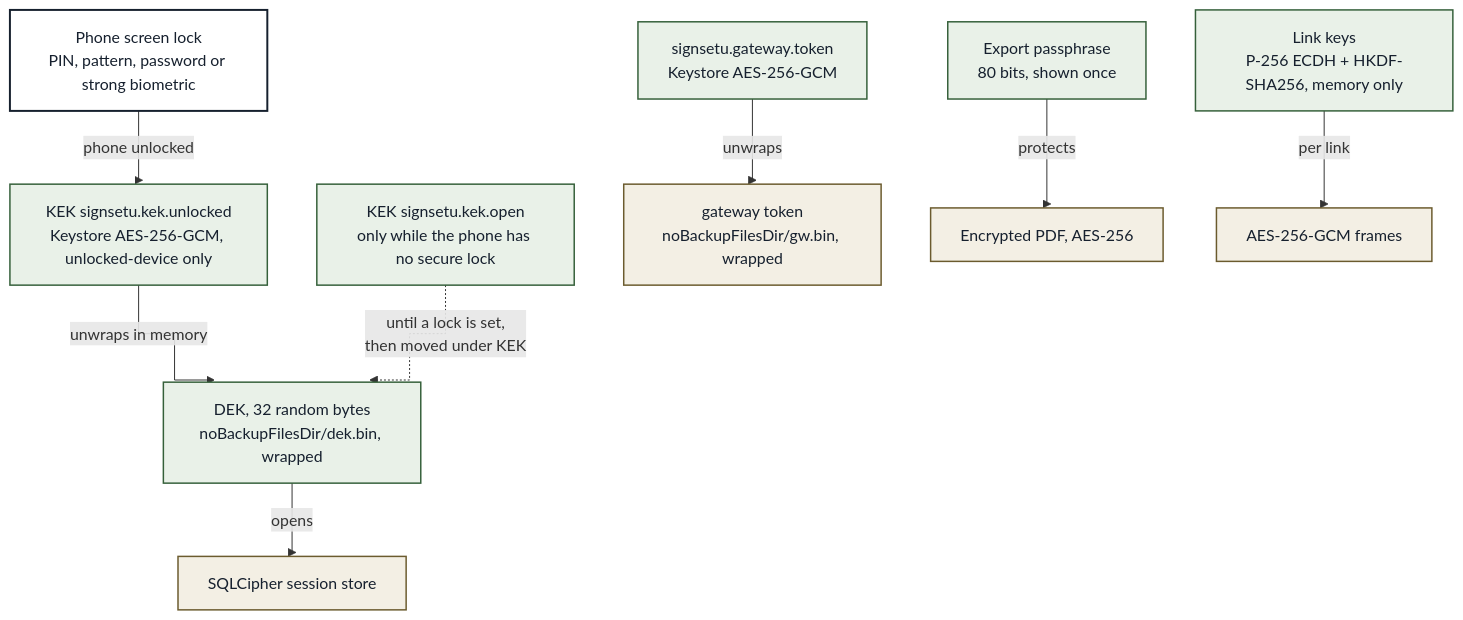
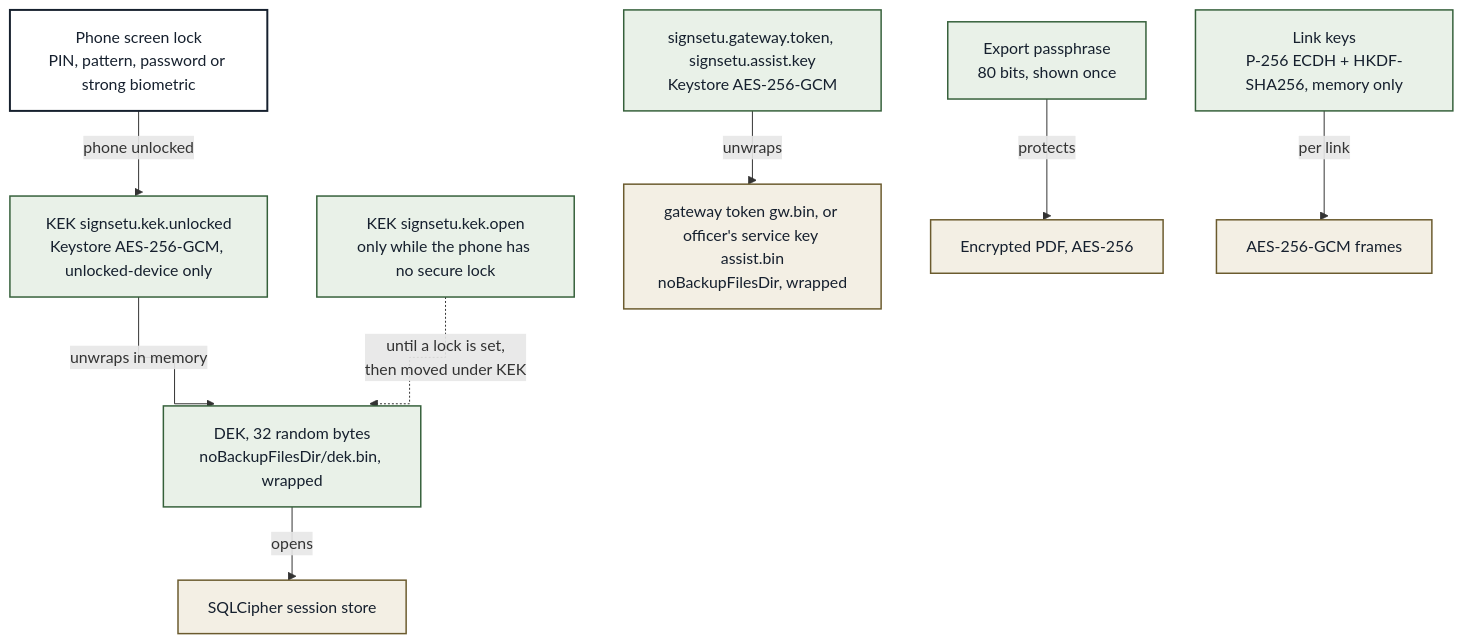
One commit to CiValidator/SScivalidator changed diagram 11 of 16 in docs/02-architecture.md. Above: the diagram before and after it, drawn with Mermaid. The commit also changed other lines of this file and 83 other files, not shown here.

````diff
--- a/docs/02-architecture.md
+++ b/docs/02-architecture.md
@@ -393,25 +392,25 @@
 ```mermaid
 %%{init: {"flowchart": {"curve": "step"}}}%%
 flowchart TB
     CRED["Phone screen lock<br/>PIN, pattern, password or strong biometric"]:::ext
     KEK["KEK signsetu.kek.unlocked<br/>Keystore AES-256-GCM, unlocked-device only"]:::sec
     OPEN["KEK signsetu.kek.open<br/>only while the phone has no secure lock"]:::sec
     DEK["DEK, 32 random bytes<br/>noBackupFilesDir/dek.bin, wrapped"]:::sec
     DB["SQLCipher session store"]:::data
-    TOK["signsetu.gateway.token<br/>Keystore AES-256-GCM"]:::sec
-    GWT["gateway token<br/>noBackupFilesDir/gw.bin, wrapped"]:::data
+    TOK["signsetu.gateway.token, signsetu.assist.key<br/>Keystore AES-256-GCM"]:::sec
+    GWT["gateway token gw.bin, or officer's service key assist.bin<br/>noBackupFilesDir, wrapped"]:::data
     PASS["Export passphrase<br/>80 bits, shown once"]:::sec
     PDF["Encrypted PDF, AES-256"]:::data
     ECDH["Link keys<br/>P-256 ECDH + HKDF-SHA256, memory only"]:::sec
     FR["AES-256-GCM frames"]:::data
     CRED -- "phone unlocked" --> KEK
     KEK -- "unwraps in memory" --> DEK
     OPEN -. "until a lock is set,<br/>then moved under KEK" .-> DEK
     DEK -- "opens" --> DB
     TOK -- "unwraps" --> GWT
     PASS -- "protects" --> PDF
     ECDH -- "per link" --> FR
     classDef ext fill:#ffffff,stroke:#16202e,stroke-width:2px,color:#16202e
     classDef data fill:#f3efe4,stroke:#6b5b2e,stroke-width:1.5px,color:#16202e
     classDef sec fill:#e9f1e8,stroke:#35603a,stroke-width:1.5px,color:#16202e
 ```
````
